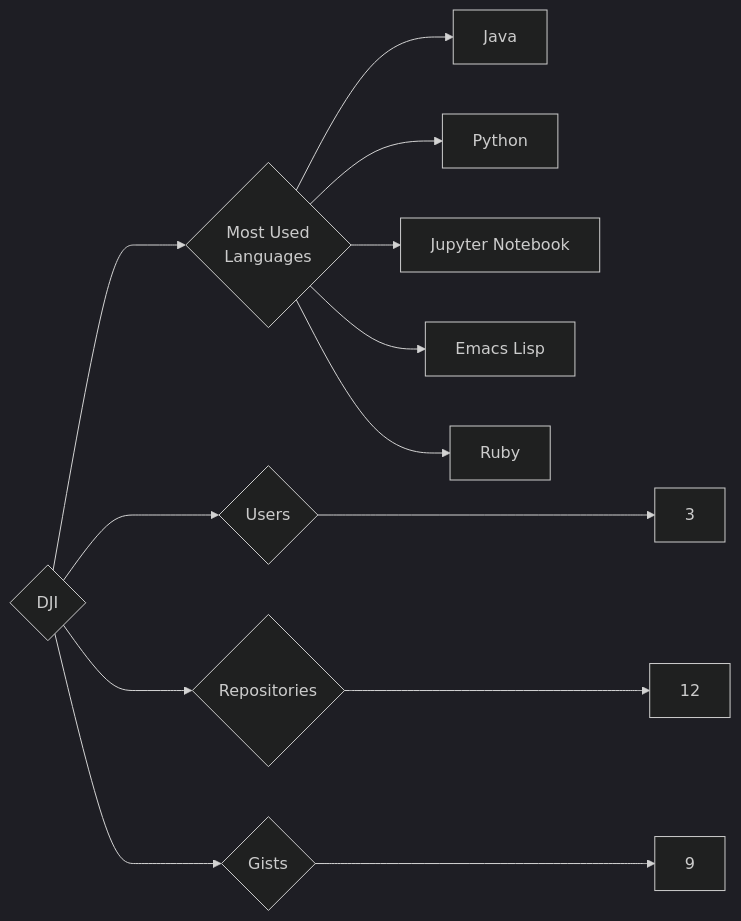
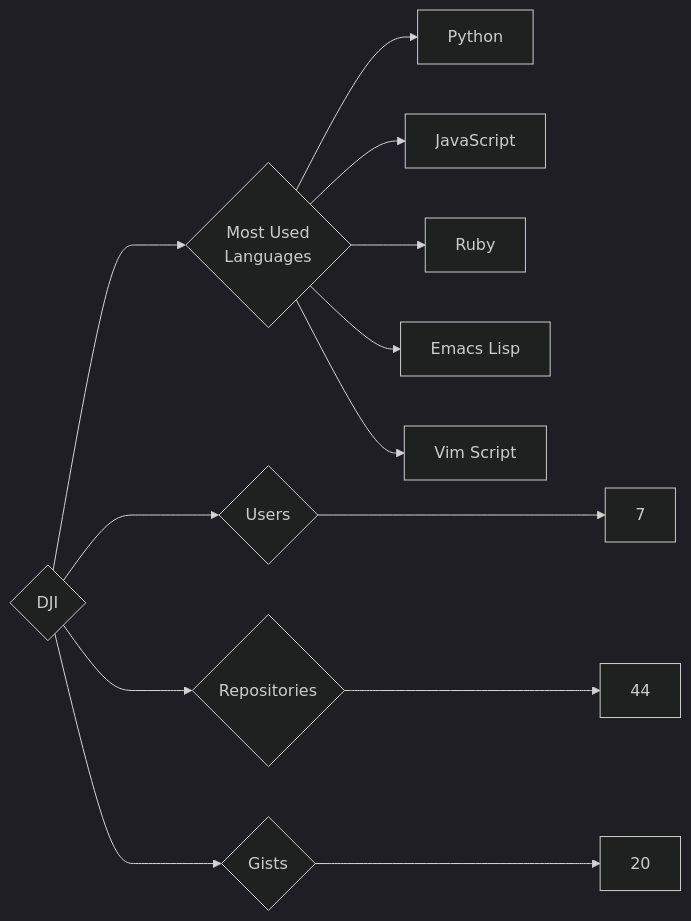
One commit to trickest/insiders changed the diagram in targets/DJI/README.md. Above: the diagram before and after it, drawn with Mermaid (dark theme). The commit also changed 1175 other files, not shown here.

````diff
--- a/targets/DJI/README.md
+++ b/targets/DJI/README.md
@@ -3,13 +3,13 @@
 ```mermaid
 graph LR
 COMPANY_NAME{DJI}
-COMPANY_NAME ---> U{Users} ---> UN[3]
-COMPANY_NAME ---> R{Repositories} ---> RN[12]
-COMPANY_NAME ---> G{Gists} ---> GN[9]
+COMPANY_NAME ---> U{Users} ---> UN[7]
+COMPANY_NAME ---> R{Repositories} ---> RN[44]
+COMPANY_NAME ---> G{Gists} ---> GN[20]
 COMPANY_NAME ---> ML{Most Used<br>Languages}
-ML --> Java[Java]
 ML --> Python[Python]
-ML --> Jupyter_Notebook[Jupyter Notebook]
+ML --> JavaScript[JavaScript]
+ML --> Ruby[Ruby]
 ML --> Emacs_Lisp[Emacs Lisp]
-ML --> Ruby[Ruby]
+ML --> Vim_Script[Vim Script]
 ```
````
